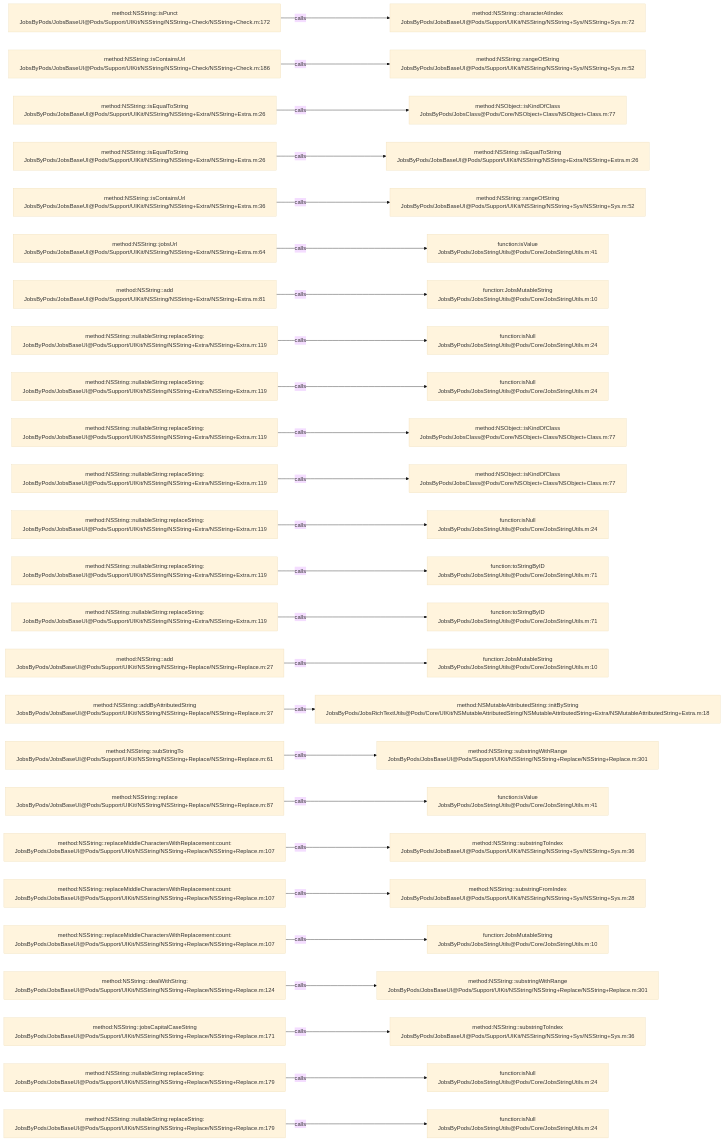
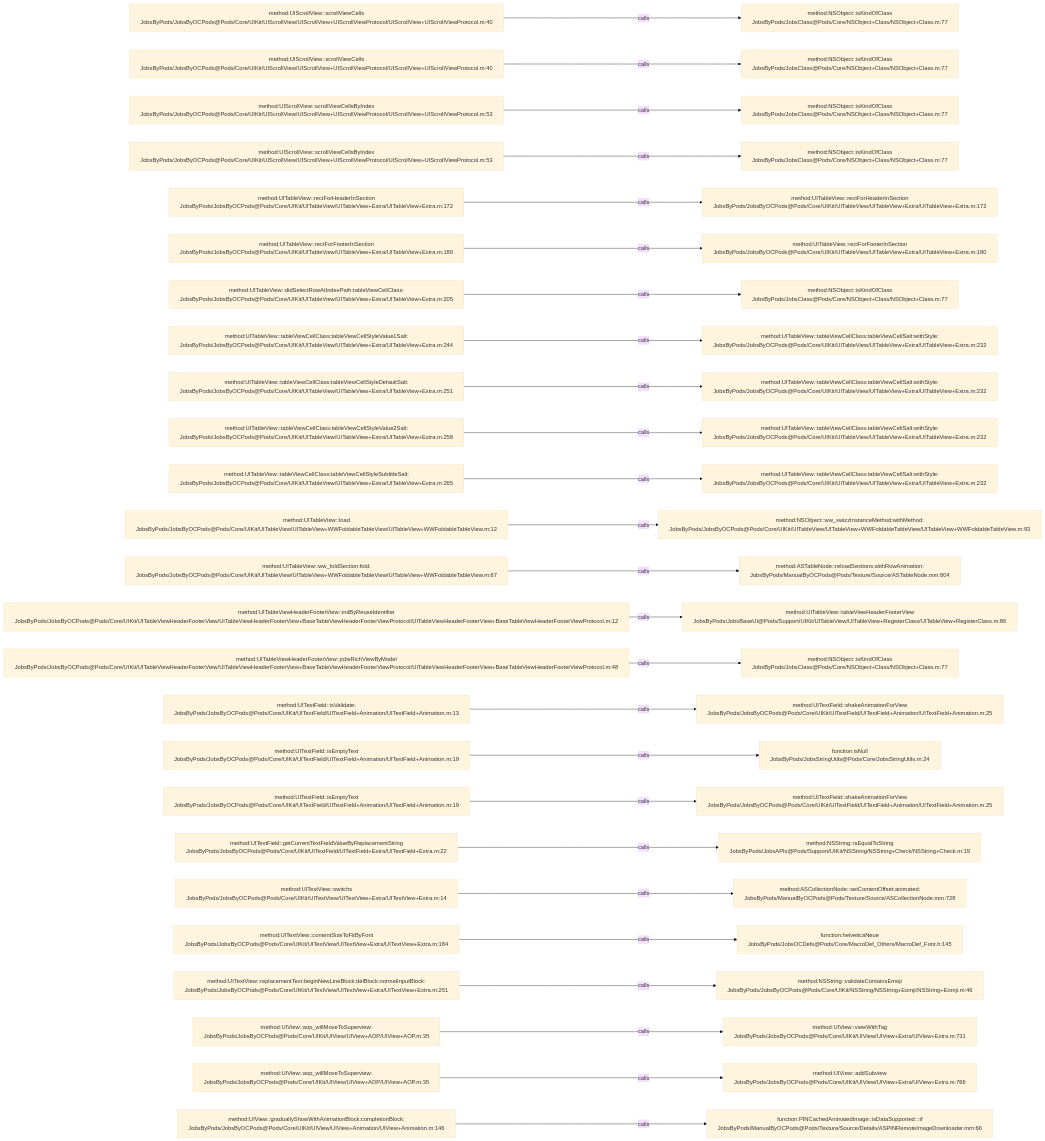
One commit to JobsKits/JobsOCBaseConfigDemo changed the diagram in .codegraph/codegraph.md/graphs/calls-038.md. Above: the diagram before and after it, drawn with Mermaid (base theme). The commit also changed 573 other files, not shown here.

````diff
--- a/.codegraph/codegraph.md/graphs/calls-038.md
+++ b/.codegraph/codegraph.md/graphs/calls-038.md
@@ -13,78 +13,78 @@
 ```mermaid
 flowchart LR
-  S1["method:NSString::isPunct<br/>JobsByPods/JobsBaseUI@Pods/Support/UIKit/NSString/NSString+Check/NSString+Check.m:172"]
-  T1["method:NSString::characterAtIndex<br/>JobsByPods/JobsBaseUI@Pods/Support/UIKit/NSString/NSString+Sys/NSString+Sys.m:72"]
+  S1["method:UIScrollView::scrollViewCells<br/>JobsByPods/JobsByOCPods@Pods/Core/UIKit/UIScrollView/UIScrollView+UIScrollViewProtocol/UIScrollView+UIScrollViewProtocol.m:40"]
+  T1["method:NSObject::isKindOfClass<br/>JobsByPods/JobsClass@Pods/Core/NSObject+Class/NSObject+Class.m:77"]
   S1 -->|calls| T1
-  S2["method:NSString::isContainsUrl<br/>JobsByPods/JobsBaseUI@Pods/Support/UIKit/NSString/NSString+Check/NSString+Check.m:186"]
-  T2["method:NSString::rangeOfString<br/>JobsByPods/JobsBaseUI@Pods/Support/UIKit/NSString/NSString+Sys/NSString+Sys.m:52"]
+  S2["method:UIScrollView::scrollViewCells<br/>JobsByPods/JobsByOCPods@Pods/Core/UIKit/UIScrollView/UIScrollView+UIScrollViewProtocol/UIScrollView+UIScrollViewProtocol.m:40"]
+  T2["method:NSObject::isKindOfClass<br/>JobsByPods/JobsClass@Pods/Core/NSObject+Class/NSObject+Class.m:77"]
   S2 -->|calls| T2
-  S3["method:NSString::isEqualToString<br/>JobsByPods/JobsBaseUI@Pods/Support/UIKit/NSString/NSString+Extra/NSString+Extra.m:26"]
+  S3["method:UIScrollView::scrollViewCellsByIndex<br/>JobsByPods/JobsByOCPods@Pods/Core/UIKit/UIScrollView/UIScrollView+UIScrollViewProtocol/UIScrollView+UIScrollViewProtocol.m:53"]
   T3["method:NSObject::isKindOfClass<br/>JobsByPods/JobsClass@Pods/Core/NSObject+Class/NSObject+Class.m:77"]
   S3 -->|calls| T3
-  S4["method:NSString::isEqualToString<br/>JobsByPods/JobsBaseUI@Pods/Support/UIKit/NSString/NSString+Extra/NSString+Extra.m:26"]
-  T4["method:NSString::isEqualToString<br/>JobsByPods/JobsBaseUI@Pods/Support/UIKit/NSString/NSString+Extra/NSString+Extra.m:26"]
+  S4["method:UIScrollView::scrollViewCellsByIndex<br/>JobsByPods/JobsByOCPods@Pods/Core/UIKit/UIScrollView/UIScrollView+UIScrollViewProtocol/UIScrollView+UIScrollViewProtocol.m:53"]
+  T4["method:NSObject::isKindOfClass<br/>JobsByPods/JobsClass@Pods/Core/NSObject+Class/NSObject+Class.m:77"]
   S4 -->|calls| T4
-  S5["method:NSString::isContainsUrl<br/>JobsByPods/JobsBaseUI@Pods/Support/UIKit/NSString/NSString+Extra/NSString+Extra.m:36"]
-  T5["method:NSString::rangeOfString<br/>JobsByPods/JobsBaseUI@Pods/Support/UIKit/NSString/NSString+Sys/NSString+Sys.m:52"]
+  S5["method:UITableView::rectForHeaderInSection<br/>JobsByPods/JobsByOCPods@Pods/Core/UIKit/UITableView/UITableView+Extra/UITableView+Extra.m:172"]
+  T5["method:UITableView::rectForHeaderInSection<br/>JobsByPods/JobsByOCPods@Pods/Core/UIKit/UITableView/UITableView+Extra/UITableView+Extra.m:172"]
   S5 -->|calls| T5
-  S6["method:NSString::jobsUrl<br/>JobsByPods/JobsBaseUI@Pods/Support/UIKit/NSString/NSString+Extra/NSString+Extra.m:64"]
-  T6["function:isValue<br/>JobsByPods/JobsStringUtils@Pods/Core/JobsStringUtils.m:41"]
+  S6["method:UITableView::rectForFooterInSection<br/>JobsByPods/JobsByOCPods@Pods/Core/UIKit/UITableView/UITableView+Extra/UITableView+Extra.m:180"]
+  T6["method:UITableView::rectForFooterInSection<br/>JobsByPods/JobsByOCPods@Pods/Core/UIKit/UITableView/UITableView+Extra/UITableView+Extra.m:180"]
   S6 -->|calls| T6
-  S7["method:NSString::add<br/>JobsByPods/JobsBaseUI@Pods/Support/UIKit/NSString/NSString+Extra/NSString+Extra.m:81"]
-  T7["function:JobsMutableString<br/>JobsByPods/JobsStringUtils@Pods/Core/JobsStringUtils.m:10"]
+  S7["method:UITableView::didSelectRowAtIndexPath:tableViewCellClass:<br/>JobsByPods/JobsByOCPods@Pods/Core/UIKit/UITableView/UITableView+Extra/UITableView+Extra.m:205"]
+  T7["method:NSObject::isKindOfClass<br/>JobsByPods/JobsClass@Pods/Core/NSObject+Class/NSObject+Class.m:77"]
   S7 -->|calls| T7
-  S8["method:NSString::nullableString:replaceString:<br/>JobsByPods/JobsBaseUI@Pods/Support/UIKit/NSString/NSString+Extra/NSString+Extra.m:119"]
-  T8["function:isNull<br/>JobsByPods/JobsStringUtils@Pods/Core/JobsStringUtils.m:24"]
+  S8["method:UITableView::tableViewCellClass:tableViewCellStyleValue1Salt:<br/>JobsByPods/JobsByOCPods@Pods/Core/UIKit/UITableView/UITableView+Extra/UITableView+Extra.m:244"]
+  T8["method:UITableView::tableViewCellClass:tableViewCellSalt:withStyle:<br/>JobsByPods/JobsByOCPods@Pods/Core/UIKit/UITableView/UITableView+Extra/UITableView+Extra.m:232"]
   S8 -->|calls| T8
-  S9["method:NSString::nullableString:replaceString:<br/>JobsByPods/JobsBaseUI@Pods/Support/UIKit/NSString/NSString+Extra/NSString+Extra.m:119"]
-  T9["function:isNull<br/>JobsByPods/JobsStringUtils@Pods/Core/JobsStringUtils.m:24"]
+  S9["method:UITableView::tableViewCellClass:tableViewCellStyleDefaultSalt:<br/>JobsByPods/JobsByOCPods@Pods/Core/UIKit/UITableView/UITableView+Extra/UITableView+Extra.m:251"]
+  T9["method:UITableView::tableViewCellClass:tableViewCellSalt:withStyle:<br/>JobsByPods/JobsByOCPods@Pods/Core/UIKit/UITableView/UITableView+Extra/UITableView+Extra.m:232"]
   S9 -->|calls| T9
-  S10["method:NSString::nullableString:replaceString:<br/>JobsByPods/JobsBaseUI@Pods/Support/UIKit/NSString/NSString+Extra/NSString+Extra.m:119"]
-  T10["method:NSObject::isKindOfClass<br/>JobsByPods/JobsClass@Pods/Core/NSObject+Class/NSObject+Class.m:77"]
+  S10["method:UITableView::tableViewCellClass:tableViewCellStyleValue2Salt:<br/>JobsByPods/JobsByOCPods@Pods/Core/UIKit/UITableView/UITableView+Extra/UITableView+Extra.m:258"]
+  T10["method:UITableView::tableViewCellClass:tableViewCellSalt:withStyle:<br/>JobsByPods/JobsByOCPods@Pods/Core/UIKit/UITableView/UITableView+Extra/UITableView+Extra.m:232"]
   S10 -->|calls| T10
-  S11["method:NSString::nullableString:replaceString:<br/>JobsByPods/JobsBaseUI@Pods/Support/UIKit/NSString/NSString+Extra/NSString+Extra.m:119"]
-  T11["method:NSObject::isKindOfClass<br/>JobsByPods/JobsClass@Pods/Core/NSObject+Class/NSObject+Class.m:77"]
+  S11["method:UITableView::tableViewCellClass:tableViewCellStyleSubtitleSalt:<br/>JobsByPods/JobsByOCPods@Pods/Core/UIKit/UITableView/UITableView+Extra/UITableView+Extra.m:265"]
+  T11["method:UITableView::tableViewCellClass:tableViewCellSalt:withStyle:<br/>JobsByPods/JobsByOCPods@Pods/Core/UIKit/UITableView/UITableView+Extra/UITableView+Extra.m:232"]
   S11 -->|calls| T11
-  S12["method:NSString::nullableString:replaceString:<br/>JobsByPods/JobsBaseUI@Pods/Support/UIKit/NSString/NSString+Extra/NSString+Extra.m:119"]
-  T12["function:isNull<br/>JobsByPods/JobsStringUtils@Pods/Core/JobsStringUtils.m:24"]
+  S12["method:UITableView::load<br/>JobsByPods/JobsByOCPods@Pods/Core/UIKit/UITableView/UITableView+WWFoldableTableView/UITableView+WWFoldableTableView.m:12"]
+  T12["method:NSObject::ww_swizzInstanceMethod:withMethod:<br/>JobsByPods/JobsByOCPods@Pods/Core/UIKit/UITableView/UITableView+WWFoldableTableView/UITableView+WWFoldableTableView.m:93"]
   S12 -->|calls| T12
-  S13["method:NSString::nullableString:replaceString:<br/>JobsByPods/JobsBaseUI@Pods/Support/UIKit/NSString/NSString+Extra/NSString+Extra.m:119"]
-  T13["function:toStringByID<br/>JobsByPods/JobsStringUtils@Pods/Core/JobsStringUtils.m:71"]
+  S13["method:UITableView::ww_foldSection:fold:<br/>JobsByPods/JobsByOCPods@Pods/Core/UIKit/UITableView/UITableView+WWFoldableTableView/UITableView+WWFoldableTableView.m:67"]
+  T13["method:ASTableNode::reloadSections:withRowAnimation:<br/>JobsByPods/ManualByOCPods@Pods/Texture/Source/ASTableNode.mm:804"]
   S13 -->|calls| T13
-  S14["method:NSString::nullableString:replaceString:<br/>JobsByPods/JobsBaseUI@Pods/Support/UIKit/NSString/NSString+Extra/NSString+Extra.m:119"]
-  T14["function:toStringByID<br/>JobsByPods/JobsStringUtils@Pods/Core/JobsStringUtils.m:71"]
+  S14["method:UITableViewHeaderFooterView::initByReuseIdentifier<br/>JobsByPods/JobsByOCPods@Pods/Core/UIKit/UITableViewHeaderFooterView/UITableViewHeaderFooterView+BaseTableViewHeaderFooterViewProtocol/UITableViewHeaderFooterView+BaseTableViewHeaderFooterViewProtocol.m:12"]
+  T14["method:UITableView::tableViewHeaderFooterView<br/>JobsByPods/JobsBaseUI@Pods/Support/UIKit/UITableView/UITableView+RegisterClass/UITableView+RegisterClass.m:86"]
   S14 -->|calls| T14
-  S15["method:NSString::add<br/>JobsByPods/JobsBaseUI@Pods/Support/UIKit/NSString/NSString+Replace/NSString+Replace.m:27"]
-  T15["function:JobsMutableString<br/>JobsByPods/JobsStringUtils@Pods/Core/JobsStringUtils.m:10"]
+  S15["method:UITableViewHeaderFooterView::jobsRichViewByModel<br/>JobsByPods/JobsByOCPods@Pods/Core/UIKit/UITableViewHeaderFooterView/UITableViewHeaderFooterView+BaseTableViewHeaderFooterViewProtocol/UITableViewHeaderFooterView+BaseTableViewHeaderFooterViewProtocol.m:48"]
+  T15["method:NSObject::isKindOfClass<br/>JobsByPods/JobsClass@Pods/Core/NSObject+Class/NSObject+Class.m:77"]
   S15 -->|calls| T15
-  S16["method:NSString::addByAttributedString<br/>JobsByPods/JobsBaseUI@Pods/Support/UIKit/NSString/NSString+Replace/NSString+Replace.m:37"]
-  T16["method:NSMutableAttributedString::initByString<br/>JobsByPods/JobsRichTextUtils@Pods/Core/UIKit/NSMutableAttributedString/NSMutableAttributedString+Extra/NSMutableAttributedString+Extra.m:18"]
+  S16["method:UITextField::isValidate:<br/>JobsByPods/JobsByOCPods@Pods/Core/UIKit/UITextField/UITextField+Animation/UITextField+Animation.m:13"]
+  T16["method:UITextField::shakeAnimationForView<br/>JobsByPods/JobsByOCPods@Pods/Core/UIKit/UITextField/UITextField+Animation/UITextField+Animation.m:25"]
   S16 -->|calls| T16
-  S17["method:NSString::subStringTo<br/>JobsByPods/JobsBaseUI@Pods/Support/UIKit/NSString/NSString+Replace/NSString+Replace.m:61"]
-  T17["method:NSString::substringWithRange<br/>JobsByPods/JobsBaseUI@Pods/Support/UIKit/NSString/NSString+Replace/NSString+Replace.m:301"]
+  S17["method:UITextField::isEmptyText<br/>JobsByPods/JobsByOCPods@Pods/Core/UIKit/UITextField/UITextField+Animation/UITextField+Animation.m:19"]
+  T17["function:isNull<br/>JobsByPods/JobsStringUtils@Pods/Core/JobsStringUtils.m:24"]
   S17 -->|calls| T17
-  S18["method:NSString::replace<br/>JobsByPods/JobsBaseUI@Pods/Support/UIKit/NSString/NSString+Replace/NSString+Replace.m:87"]
-  T18["function:isValue<br/>JobsByPods/JobsStringUtils@Pods/Core/JobsStringUtils.m:41"]
+  S18["method:UITextField::isEmptyText<br/>JobsByPods/JobsByOCPods@Pods/Core/UIKit/UITextField/UITextField+Animation/UITextField+Animation.m:19"]
+  T18["method:UITextField::shakeAnimationForView<br/>JobsByPods/JobsByOCPods@Pods/Core/UIKit/UITextField/UITextField+Animation/UITextField+Animation.m:25"]
   S18 -->|calls| T18
-  S19["method:NSString::replaceMiddleCharactersWithReplacement:count:<br/>JobsByPods/JobsBaseUI@Pods/Support/UIKit/NSString/NSString+Replace/NSString+Replace.m:107"]
-  T19["method:NSString::substringToIndex<br/>JobsByPods/JobsBaseUI@Pods/Support/UIKit/NSString/NSString+Sys/NSString+Sys.m:36"]
+  S19["method:UITextField::getCurrentTextFieldValueByReplacementString<br/>JobsByPods/JobsByOCPods@Pods/Core/UIKit/UITextField/UITextField+Extra/UITextField+Extra.m:22"]
+  T19["method:NSString::isEqualToString<br/>JobsByPods/JobsAPIs@Pods/Support/UIKit/NSString/NSString+Check/NSString+Check.m:19"]
   S19 -->|calls| T19
-  S20["method:NSString::replaceMiddleCharactersWithReplacement:count:<br/>JobsByPods/JobsBaseUI@Pods/Support/UIKit/NSString/NSString+Replace/NSString+Replace.m:107"]
-  T20["method:NSString::substringFromIndex<br/>JobsByPods/JobsBaseUI@Pods/Support/UIKit/NSString/NSString+Sys/NSString+Sys.m:28"]
+  S20["method:UITextView::switchs<br/>JobsByPods/JobsByOCPods@Pods/Core/UIKit/UITextView/UITextView+Extra/UITextView+Extra.m:14"]
+  T20["method:ASCollectionNode::setContentOffset:animated:<br/>JobsByPods/ManualByOCPods@Pods/Texture/Source/ASCollectionNode.mm:728"]
   S20 -->|calls| T20
-  S21["method:NSString::replaceMiddleCharactersWithReplacement:count:<br/>JobsByPods/JobsBaseUI@Pods/Support/UIKit/NSString/NSString+Replace/NSString+Replace.m:107"]
-  T21["function:JobsMutableString<br/>JobsByPods/JobsStringUtils@Pods/Core/JobsStringUtils.m:10"]
+  S21["method:UITextView::contentSizeToFitByFont<br/>JobsByPods/JobsByOCPods@Pods/Core/UIKit/UITextView/UITextView+Extra/UITextView+Extra.m:184"]
+  T21["function:helveticaNeue<br/>JobsByPods/JobsOCDefs@Pods/Core/MacroDef_Others/MacroDef_Font.h:145"]
   S21 -->|calls| T21
-  S22["method:NSString::dealWithString:<br/>JobsByPods/JobsBaseUI@Pods/Support/UIKit/NSString/NSString+Replace/NSString+Replace.m:124"]
-  T22["method:NSString::substringWithRange<br/>JobsByPods/JobsBaseUI@Pods/Support/UIKit/NSString/NSString+Replace/NSString+Replace.m:301"]
+  S22["method:UITextView::replacementText:beginNewLineBlock:delBlock:normalInputBlock:<br/>JobsByPods/JobsByOCPods@Pods/Core/UIKit/UITextView/UITextView+Extra/UITextView+Extra.m:251"]
+  T22["method:NSString::validateContainsEmoji<br/>JobsByPods/JobsByOCPods@Pods/Core/UIKit/NSString/NSString+Eomji/NSString+Eomji.m:46"]
   S22 -->|calls| T22
-  S23["method:NSString::jobsCapitalCaseString<br/>JobsByPods/JobsBaseUI@Pods/Support/UIKit/NSString/NSString+Replace/NSString+Replace.m:171"]
-  T23["method:NSString::substringToIndex<br/>JobsByPods/JobsBaseUI@Pods/Support/UIKit/NSString/NSString+Sys/NSString+Sys.m:36"]
+  S23["method:UIView::aop_willMoveToSuperview:<br/>JobsByPods/JobsByOCPods@Pods/Core/UIKit/UIView/UIView+AOP/UIView+AOP.m:35"]
+  T23["method:UIView::viewWithTag<br/>JobsByPods/JobsByOCPods@Pods/Core/UIKit/UIView/UIView+Extra/UIView+Extra.m:731"]
   S23 -->|calls| T23
-  S24["method:NSString::nullableString:replaceString:<br/>JobsByPods/JobsBaseUI@Pods/Support/UIKit/NSString/NSString+Replace/NSString+Replace.m:179"]
-  T24["function:isNull<br/>JobsByPods/JobsStringUtils@Pods/Core/JobsStringUtils.m:24"]
+  S24["method:UIView::aop_willMoveToSuperview:<br/>JobsByPods/JobsByOCPods@Pods/Core/UIKit/UIView/UIView+AOP/UIView+AOP.m:35"]
+  T24["method:UIView::addSubview<br/>JobsByPods/JobsByOCPods@Pods/Core/UIKit/UIView/UIView+Extra/UIView+Extra.m:766"]
   S24 -->|calls| T24
-  S25["method:NSString::nullableString:replaceString:<br/>JobsByPods/JobsBaseUI@Pods/Support/UIKit/NSString/NSString+Replace/NSString+Replace.m:179"]
-  T25["function:isNull<br/>JobsByPods/JobsStringUtils@Pods/Core/JobsStringUtils.m:24"]
+  S25["method:UIView::graduallyShowWithAnimationBlock:completionBlock:<br/>JobsByPods/JobsByOCPods@Pods/Core/UIKit/UIView/UIView+Animation/UIView+Animation.m:146"]
+  T25["function:PINCachedAnimatedImage::isDataSupported:::if<br/>JobsByPods/ManualByOCPods@Pods/Texture/Source/Details/ASPINRemoteImageDownloader.mm:66"]
   S25 -->|calls| T25
 ```
````
